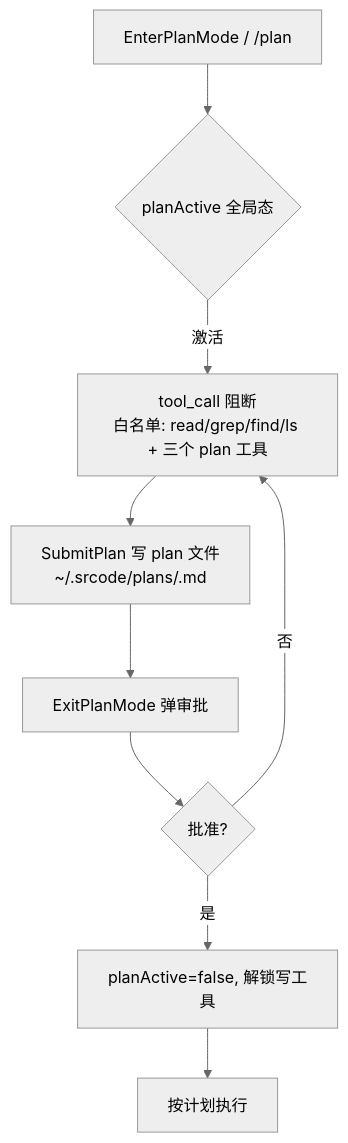
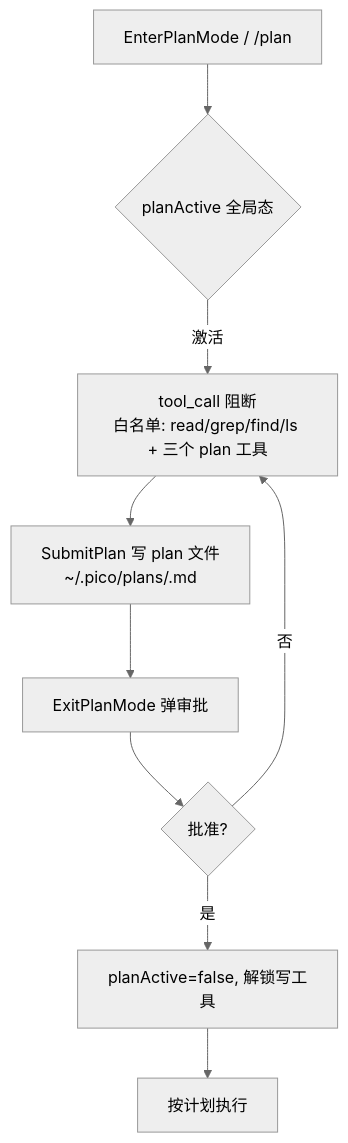
Before and after one commit to sswym/pico: the fifth of 5 diagrams in docs/internal-tech-review.md, drawn with Mermaid (neutral theme). The commit also changed other lines of this file and 94 other files, not shown here.

First line of the commit message:
chore: 项目更名 srcode → pico

````diff
--- a/docs/internal-tech-review.md
+++ b/docs/internal-tech-review.md
@@ -168,11 +168,11 @@
 ```mermaid
 flowchart TD
     ENTER[EnterPlanMode / /plan] --> ACTIVE{planActive 全局态}
     ACTIVE -- 激活 --> BLOCK[tool_call 阻断<br/>白名单: read/grep/find/ls + 三个 plan 工具]
-    BLOCK --> SUBMIT[SubmitPlan 写 plan 文件<br/>~/.srcode/plans/<sid>.md]
+    BLOCK --> SUBMIT[SubmitPlan 写 plan 文件<br/>~/.pico/plans/<sid>.md]
     SUBMIT --> EXIT[ExitPlanMode 弹审批]
     EXIT --> AP{批准?}
     AP -- 否 --> BLOCK
     AP -- 是 --> OFF[planActive=false, 解锁写工具]
     OFF --> EXEC[按计划执行]
 ```
````
